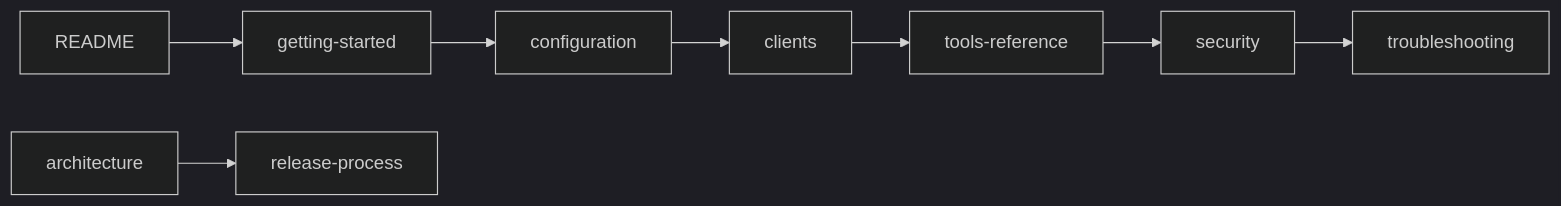
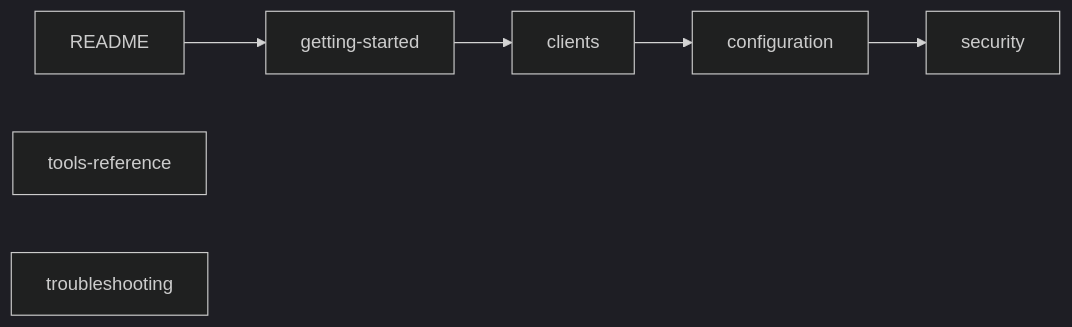
The diagram in docs/README.md (ChristophEnglisch/keycloak-model-context-protocol), drawn with Mermaid (dark theme) before and after one commit. The commit also changed other lines of this file and 15 other files, not shown here.

````diff
--- a/docs/README.md
+++ b/docs/README.md
@@ -23,10 +17,9 @@
 ```mermaid
 flowchart LR
     R["README"] --> G["getting-started"]
-    G --> C["configuration"]
-    C --> CL["clients"]
-    CL --> T["tools-reference"]
-    T --> S["security"]
-    S --> TR["troubleshooting"]
-    A["architecture"] --> RP["release-process"]
+    G --> CL["clients"]
+    CL --> C["configuration"]
+    C --> S["security"]
+    T["tools-reference"]
+    TR["troubleshooting"]
 ```
````
